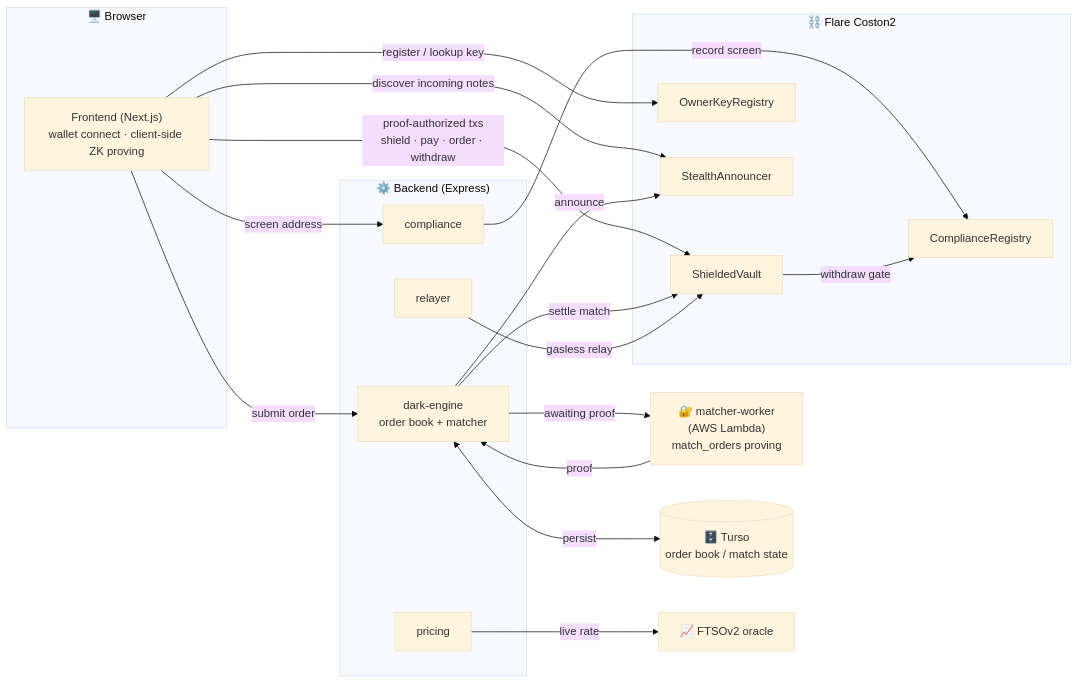
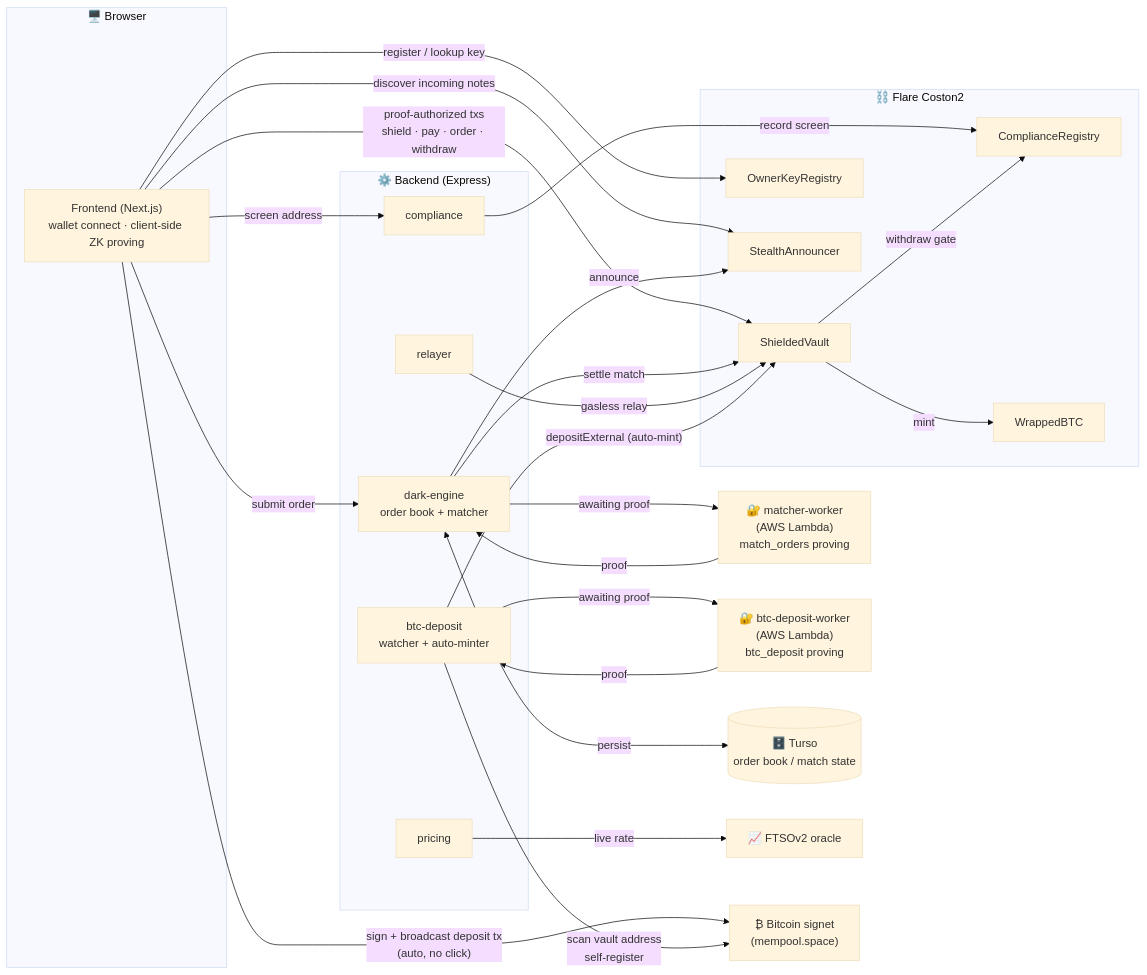
One commit to davre001/UMBRA changed the diagram in README.md. Above: the diagram before and after it, drawn with Mermaid (base theme). The commit also changed other lines of this file and 11 other files, not shown here.

````diff
--- a/README.md
+++ b/README.md
@@ -129,41 +162,52 @@
 ```mermaid
 flowchart LR
     subgraph Browser["🖥️ Browser"]
         FE["Frontend (Next.js)<br/>wallet connect · client-side ZK proving"]
     end
 
     subgraph API["⚙️ Backend (Express)"]
         DE["dark-engine<br/>order book + matcher"]
         PR["pricing"]
         CO["compliance"]
         RL["relayer"]
+        BD["btc-deposit<br/>watcher + auto-minter"]
     end
 
     MW["🔐 matcher-worker<br/>(AWS Lambda)<br/>match_orders proving"]
+    BW["🔐 btc-deposit-worker<br/>(AWS Lambda)<br/>btc_deposit proving"]
     DB[("🗄️ Turso<br/>order book / match state")]
     FTSO["📈 FTSOv2 oracle"]
+    BTC["₿ Bitcoin signet<br/>(mempool.space)"]
 
     subgraph Coston2["⛓️ Flare Coston2"]
         SV["ShieldedVault"]
         OKR["OwnerKeyRegistry"]
         SA["StealthAnnouncer"]
         CR["ComplianceRegistry"]
+        WBTC["WrappedBTC"]
     end
 
     FE -->|"proof-authorized txs<br/>shield · pay · order · withdraw"| SV
     FE -->|submit order| DE
     FE -->|register / lookup key| OKR
     FE -->|discover incoming notes| SA
     FE -->|screen address| CO
+    FE -->|"sign + broadcast deposit tx<br/>(auto, no click)"| BTC
 
     DE <-->|persist| DB
     DE -->|awaiting proof| MW
     MW -->|proof| DE
     DE -->|settle match| SV
     DE -->|announce| SA
 
     PR -->|live rate| FTSO
     CO -->|record screen| CR
     RL -->|gasless relay| SV
     SV -->|withdraw gate| CR
+
+    BD -->|scan vault address<br/>self-register| BTC
+    BD -->|awaiting proof| BW
+    BW -->|proof| BD
+    BD -->|"depositExternal (auto-mint)"| SV
+    SV -->|mint| WBTC
 ```
````
